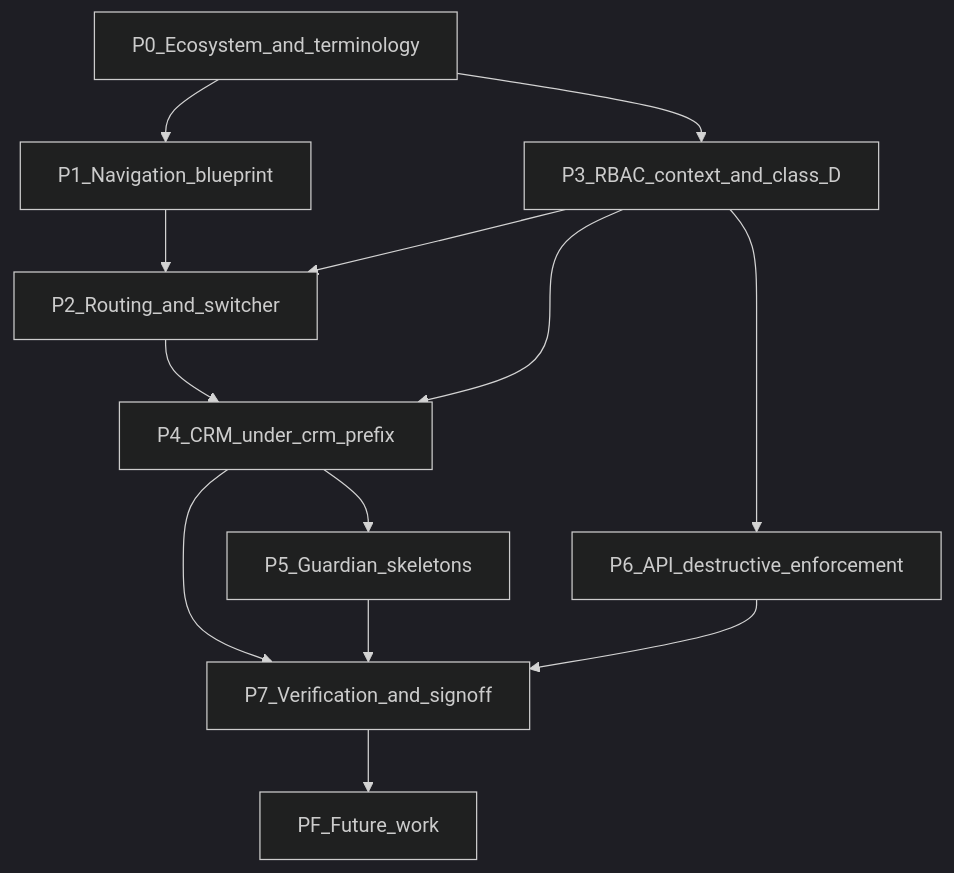
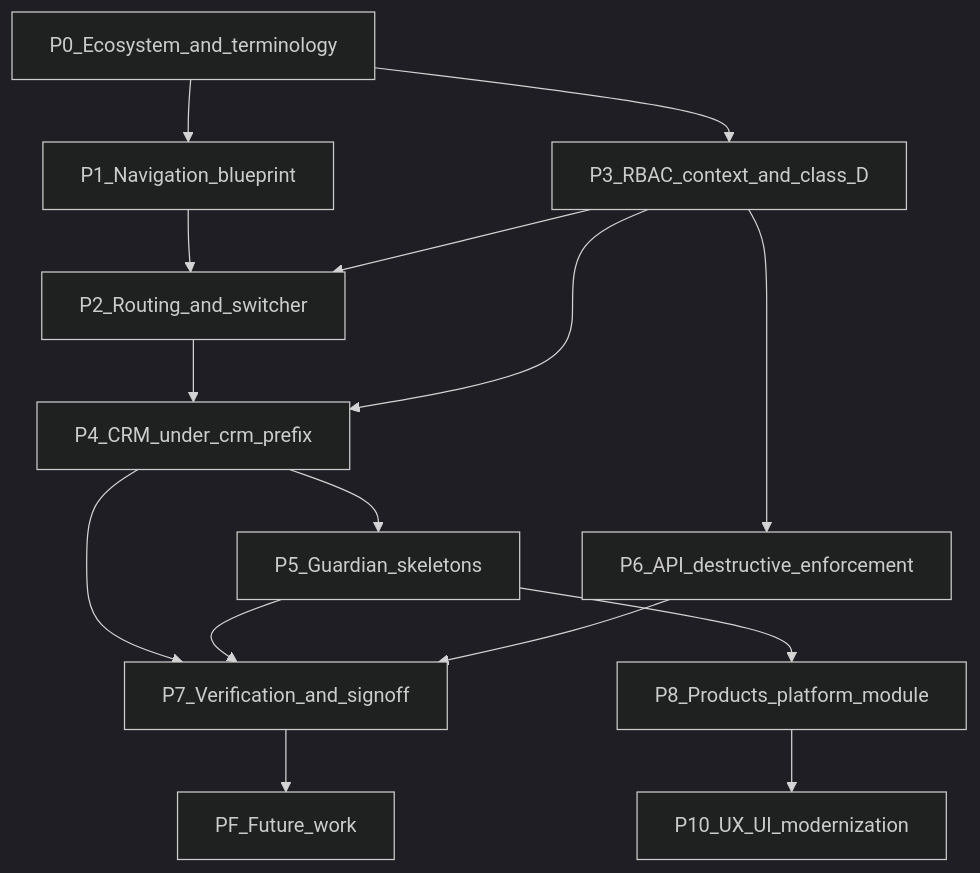
One commit to theabhissengar/clinexa-platform changed the diagram in docs/26-implementation-tracker.md. Above: the diagram before and after it, drawn with Mermaid (dark theme). The commit also changed other lines of this file and 64 other files, not shown here.

First line of the commit message:
Add Products and Categories platform module with Guardian catalog admin.

````diff
--- a/docs/26-implementation-tracker.md
+++ b/docs/26-implementation-tracker.md
@@ -253,24 +288,28 @@
 ```mermaid
 flowchart TD
   P0[P0_Ecosystem_and_terminology]
   P1[P1_Navigation_blueprint]
   P3[P3_RBAC_context_and_class_D]
   P2[P2_Routing_and_switcher]
   P4[P4_CRM_under_crm_prefix]
   P5[P5_Guardian_skeletons]
   P6[P6_API_destructive_enforcement]
   P7[P7_Verification_and_signoff]
+  P8[P8_Products_platform_module]
+  P10[P10_UX_UI_modernization]
   PF[PF_Future_work]
   P0 --> P1
   P0 --> P3
   P1 --> P2
   P3 --> P2
   P2 --> P4
   P3 --> P4
   P4 --> P5
   P3 --> P6
   P4 --> P7
   P5 --> P7
   P6 --> P7
+  P5 --> P8
+  P8 --> P10
   P7 --> PF
 ```
````
